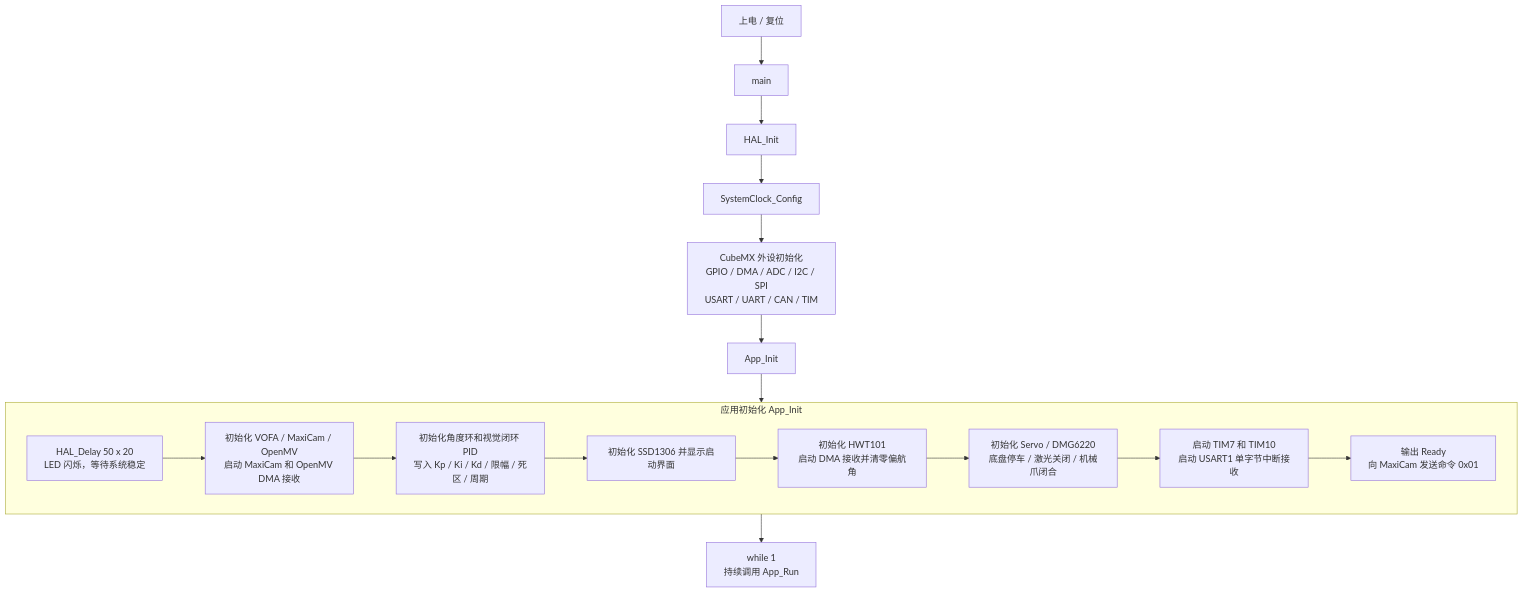
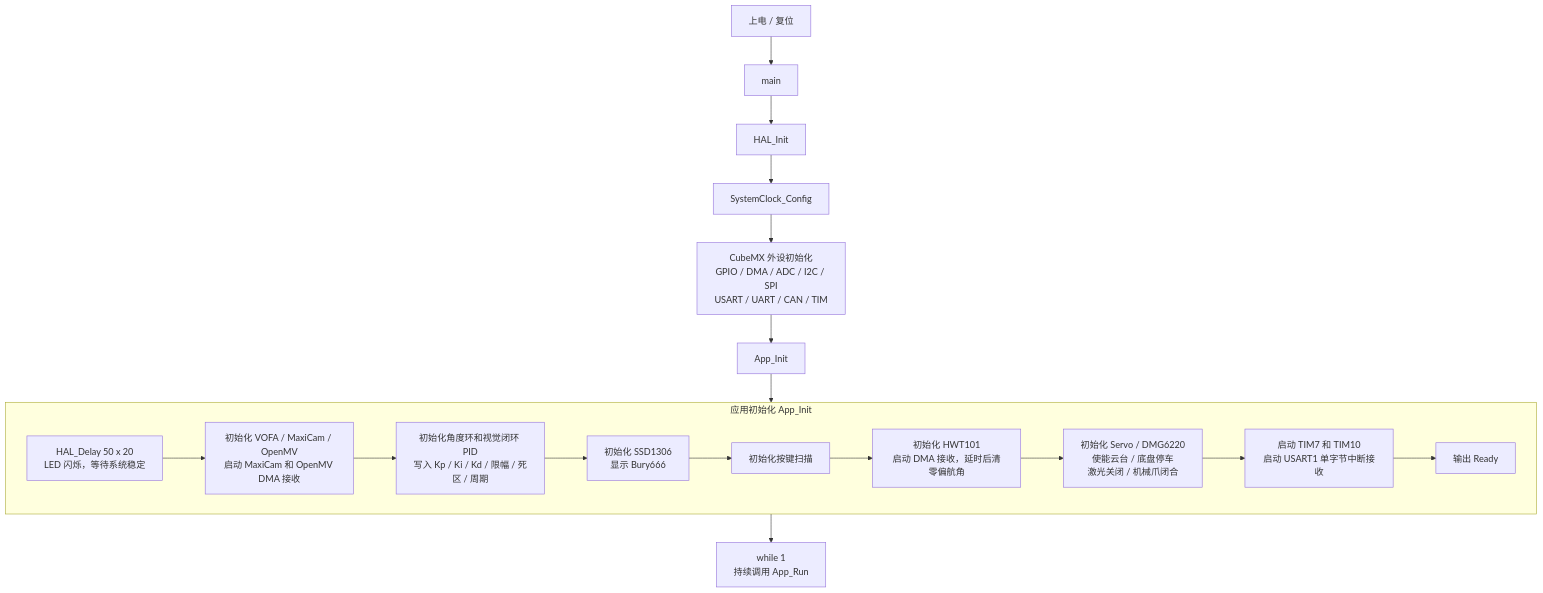
Before and after one commit to Bury621/2026GECS: the first of 4 diagrams in README.md, drawn with Mermaid. The commit also changed other lines of this file and 3 other files, not shown here.

````diff
--- a/README.md
+++ b/README.md
@@ -256,21 +281,22 @@
 ```mermaid
 flowchart TD
     RESET["上电 / 复位"] --> MAIN["main"]
     MAIN --> HAL["HAL_Init"]
     HAL --> CLOCK["SystemClock_Config"]
     CLOCK --> MX["CubeMX 外设初始化<br/>GPIO / DMA / ADC / I2C / SPI<br/>USART / UART / CAN / TIM"]
     MX --> APP["App_Init"]
 
     subgraph APP_INIT["应用初始化 App_Init"]
         STABLE["HAL_Delay 50 x 20<br/>LED 闪烁，等待系统稳定"] --> MIDDLEWARE["初始化 VOFA / MaxiCam / OpenMV<br/>启动 MaxiCam 和 OpenMV DMA 接收"]
         MIDDLEWARE --> PID["初始化角度环和视觉闭环 PID<br/>写入 Kp / Ki / Kd / 限幅 / 死区 / 周期"]
-        PID --> OLED["初始化 SSD1306 并显示启动界面"]
-        OLED --> HWT["初始化 HWT101<br/>启动 DMA 接收并清零偏航角"]
-        HWT --> HARDWARE["初始化 Servo / DMG6220<br/>底盘停车 / 激光关闭 / 机械爪闭合"]
+        PID --> OLED["初始化 SSD1306<br/>显示 Bury666"]
+        OLED --> BTN["初始化按键扫描"]
+        BTN --> HWT["初始化 HWT101<br/>启动 DMA 接收，延时后清零偏航角"]
+        HWT --> HARDWARE["初始化 Servo / DMG6220<br/>使能云台 / 底盘停车<br/>激光关闭 / 机械爪闭合"]
         HARDWARE --> SCHEDULE["启动 TIM7 和 TIM10<br/>启动 USART1 单字节中断接收"]
-        SCHEDULE --> READY["输出 Ready<br/>向 MaxiCam 发送命令 0x01"]
+        SCHEDULE --> READY["输出 Ready"]
     end
 
     APP --> APP_INIT
     APP_INIT --> LOOP["while 1<br/>持续调用 App_Run"]
 ```
````
